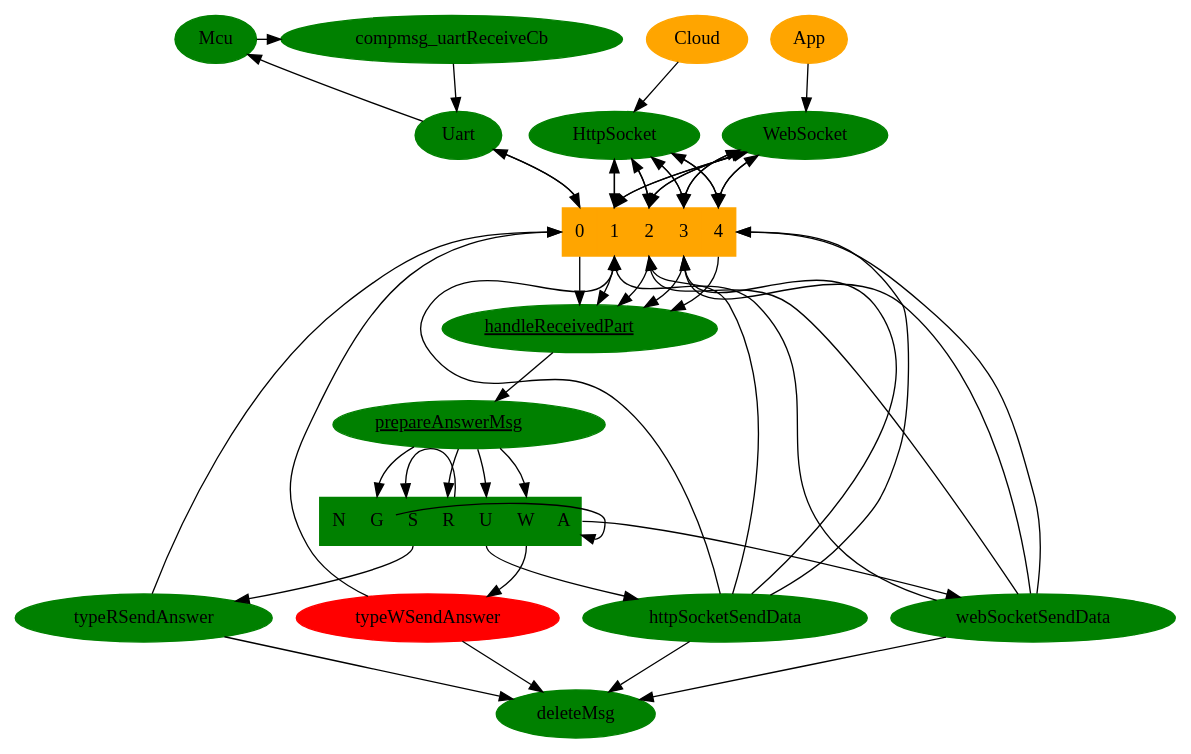
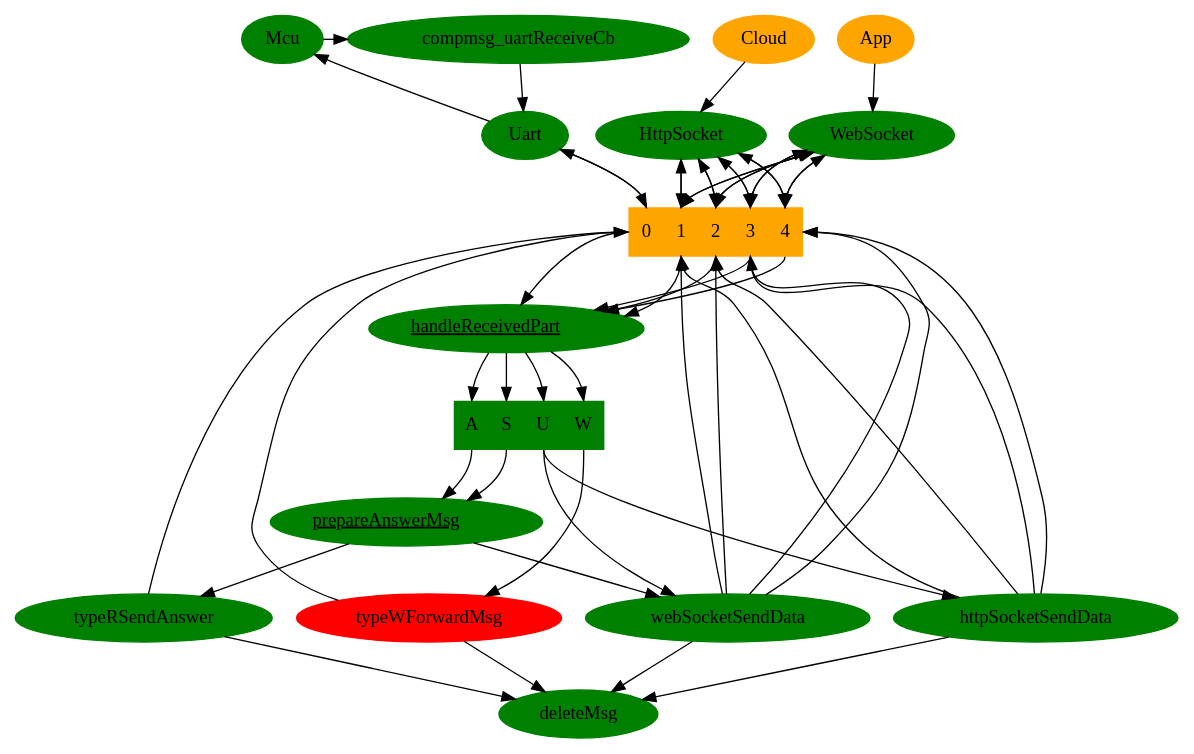
Before and after one commit to apwiede/nodemcu: the diagram in dot_files/handleMsg.dot, drawn with Graphviz. The commit also changed 1 other file, not shown here.

```diff
--- a/dot_files/handleMsg.dot
+++ b/dot_files/handleMsg.dot
@@ -1,74 +1,74 @@
 digraph G1 {
   compmsg_uartReceiveCb[style="filled", color="green"];
   compmsg_uartReceiveCb -> Uart;
   Mcu[style="filled", color="green"];
   Mcu -> compmsg_uartReceiveCb;
   Queue [style="filled", color="orange", shape=record, label="<f0> 0|<f1> 1|<f2> 2|<f3> 3|<f4> 4"];
   Uart -> Queue:f0;
   Queue:f0 -> Uart;
   Uart -> Mcu;
   Uart[style="filled", color="green"];
   WebSocket[style="filled", color="green"];
   App[style="filled", color="orange"];
   App -> WebSocket;
   WebSocket -> Queue:f1;
   WebSocket -> Queue:f2;
   WebSocket -> Queue:f3;
   WebSocket -> Queue:f4;
   Queue:f1 -> WebSocket;
   Queue:f2 -> WebSocket;
   Queue:f3 -> WebSocket;
   Queue:f4 -> WebSocket;
   Cloud[style="filled", color="orange"];
   Cloud -> HttpSocket;
   HttpSocket[style="filled", color="green"];
   HttpSocket -> Queue:f1;
   HttpSocket -> Queue:f2;
   HttpSocket -> Queue:f3;
   HttpSocket -> Queue:f4;
   {rank=same; "compmsg_uartReceiveCb"; "Mcu"; "App"; "Cloud";}
   {rank=same; "Uart"; "WebSocket"; "HttpSocket";}
   Queue:f1 -> HttpSocket;
   Queue:f2 -> HttpSocket;
   Queue:f3 -> HttpSocket;
   Queue:f4 -> HttpSocket;
   Queue:f0 -> handleReceivedPart;
   Queue:f1 -> handleReceivedPart;
   Queue:f2 -> handleReceivedPart;
   Queue:f3 -> handleReceivedPart;
   Queue:f4 -> handleReceivedPart;
   handleReceivedPart[style="filled", color="green", label=<<u>handleReceivedPart</u>> URL="\ref handleReceivedPart"];
   prepareAnswerMsg[style="filled", color="green", label=<<u>prepareAnswerMsg</u>> URL="\ref prepareAnswerMsg"];
-  handleReceivedPart -> prepareAnswerMsg;
-  sendMsg [style="filled", color="green", shape=record, label="<f0> N|<f1> G|<f2> S|<f3> R|<f4> U|<f5> W|<f6> A"];
-  prepareAnswerMsg -> sendMsg:f1;
-  sendMsg:f1 -> sendMsg:f6;
-  prepareAnswerMsg -> sendMsg:f5;
-  prepareAnswerMsg -> sendMsg:f3;
-  prepareAnswerMsg -> sendMsg:f4;
-  sendMsg:f3 -> sendMsg:f2;
-  sendMsg:f6 -> webSocketSendData;
-  sendMsg:f4 -> httpSocketSendData;
+  sendMsg [style="filled", color="green", shape=record, label="<f0> A|<f1> S|<f2> U|<f3> W"];
+  handleReceivedPart -> sendMsg:f0;
+  handleReceivedPart -> sendMsg:f1;
+  handleReceivedPart -> sendMsg:f2;
+  handleReceivedPart -> sendMsg:f3;
+  sendMsg:f0 -> prepareAnswerMsg;
+  prepareAnswerMsg -> webSocketSendData;
+  sendMsg:f1 -> prepareAnswerMsg;
+  prepareAnswerMsg -> typeRSendAnswer;
+  sendMsg:f2 -> webSocketSendData;
+  sendMsg:f2 -> httpSocketSendData;
+  sendMsg:f3 -> typeWForwardMsg;
   httpSocketSendData[style="filled", color="green"];
   webSocketSendData[style="filled", color="green"];
   webSocketSendData -> Queue:f1;
   webSocketSendData -> Queue:f2;
   webSocketSendData -> Queue:f3;
   webSocketSendData -> Queue:f4;
   httpSocketSendData -> Queue:f1;
   httpSocketSendData -> Queue:f2;
   httpSocketSendData -> Queue:f3;
   httpSocketSendData -> Queue:f4;
-  {rank=same; "typeRSendAnswer"; "typeWSendAnswer"; "webSocketSendData"; "httpSocketSendData";}
-  sendMsg:f5 -> typeWSendAnswer;
-  sendMsg:f2 -> typeRSendAnswer;
+  {rank=same; "typeRSendAnswer"; "typeWForwardMsg"; "webSocketSendData"; "httpSocketSendData";}
   typeRSendAnswer[style="filled", color="green"];
-  typeWSendAnswer[style="filled", color="red"];
+  typeWForwardMsg[style="filled", color="red"];
   typeRSendAnswer -> Queue:f0;
-  typeWSendAnswer -> Queue:f0;
+  typeWForwardMsg -> Queue:f0;
   typeRSendAnswer -> deleteMsg;
-  typeWSendAnswer -> deleteMsg;
+  typeWForwardMsg -> deleteMsg;
   deleteMsg[style="filled", color="green"];
   httpSocketSendData -> deleteMsg;
   webSocketSendData -> deleteMsg;
 }
```
